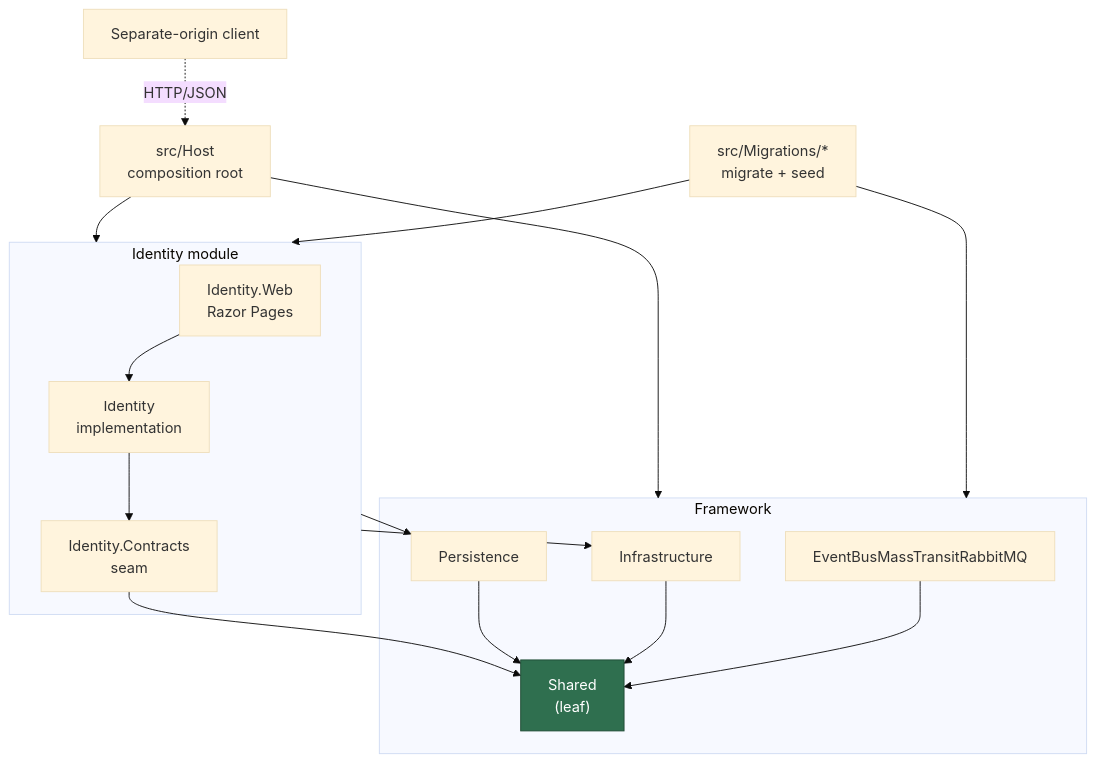
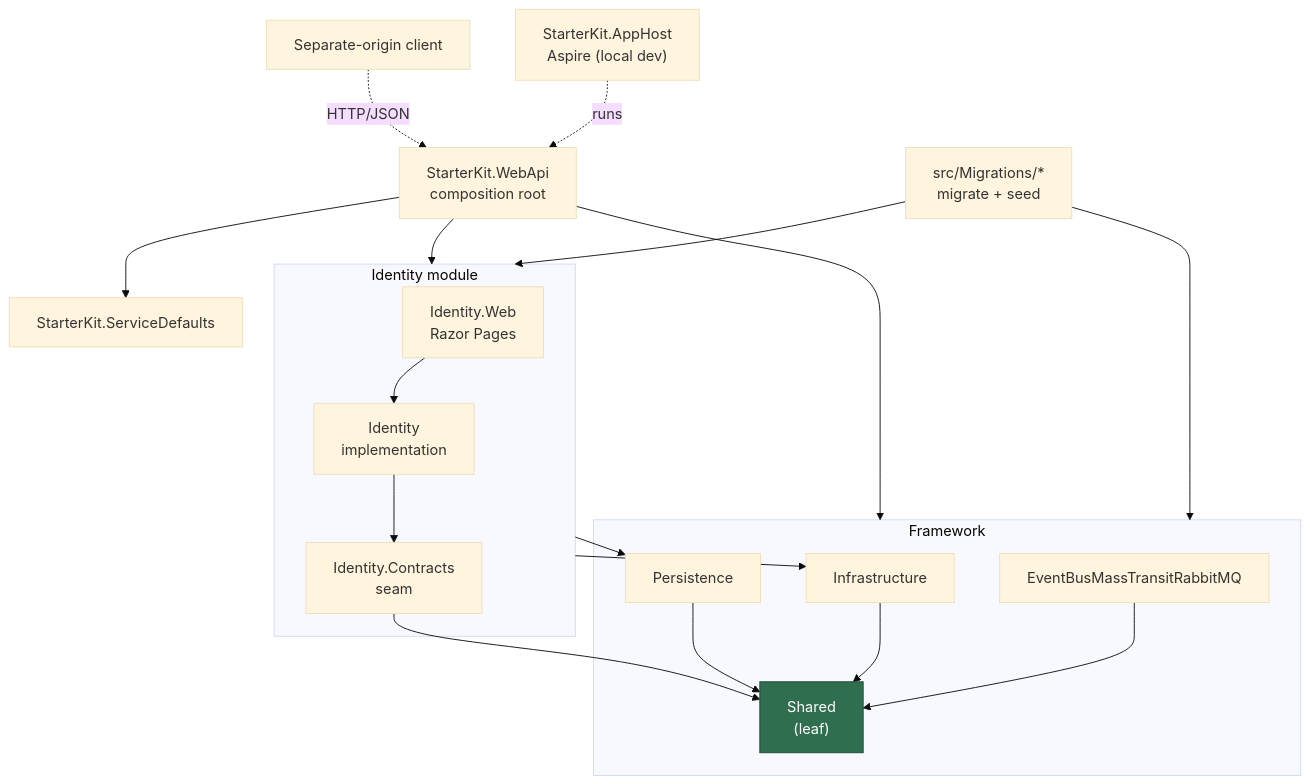
The first of 2 diagrams in README.md (lightdotnet/ModularMonolith), drawn with Mermaid (base theme) before and after one commit. The commit also changed other lines of this file and 24 other files, not shown here.

First line of the commit message:
docs: move project overviews to projects/ and sync for admin pages, WebApi and Aspire

````diff
--- a/README.md
+++ b/README.md
@@ -35,33 +37,37 @@
 ```mermaid
 graph TD
     Client["Separate-origin client"]
-    Host["src/Host<br/>composition root"]
+    AppHost["StarterKit.AppHost<br/>Aspire (local dev)"]
+    WebApi["StarterKit.WebApi<br/>composition root"]
+    SD["StarterKit.ServiceDefaults"]
     Migrators["src/Migrations/*<br/>migrate + seed"]
 
     subgraph IdentityModule["Identity module"]
         IdW["Identity.Web<br/>Razor Pages"]
         Id["Identity<br/>implementation"]
         IdC["Identity.Contracts<br/>seam"]
     end
 
     subgraph Framework["Framework"]
         Infra["Infrastructure"]
         Persistence["Persistence"]
         Bus["EventBusMassTransitRabbitMQ"]
         Shared["Shared<br/>(leaf)"]
     end
 
-    Client -. HTTP/JSON .-> Host
-    Host --> IdentityModule
-    Host --> Framework
+    Client -. HTTP/JSON .-> WebApi
+    AppHost -. runs .-> WebApi
+    WebApi --> SD
+    WebApi --> IdentityModule
+    WebApi --> Framework
     Migrators --> IdentityModule
     Migrators --> Framework
     IdW --> Id
     Id --> IdC
     IdentityModule --> Infra & Persistence
     IdC --> Shared
     Infra & Persistence & Bus --> Shared
 
     classDef leaf fill:#2f6f4f,stroke:#1e4a34,color:#fff;
     class Shared leaf;
 ```
````
